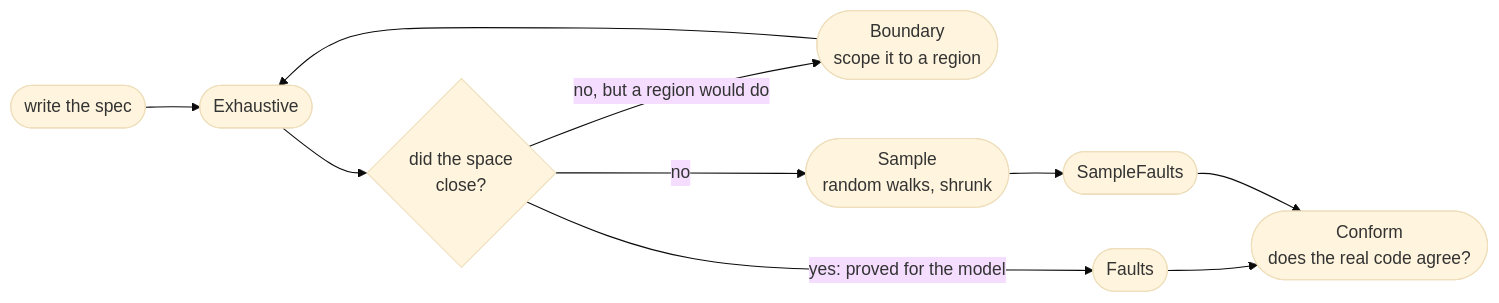
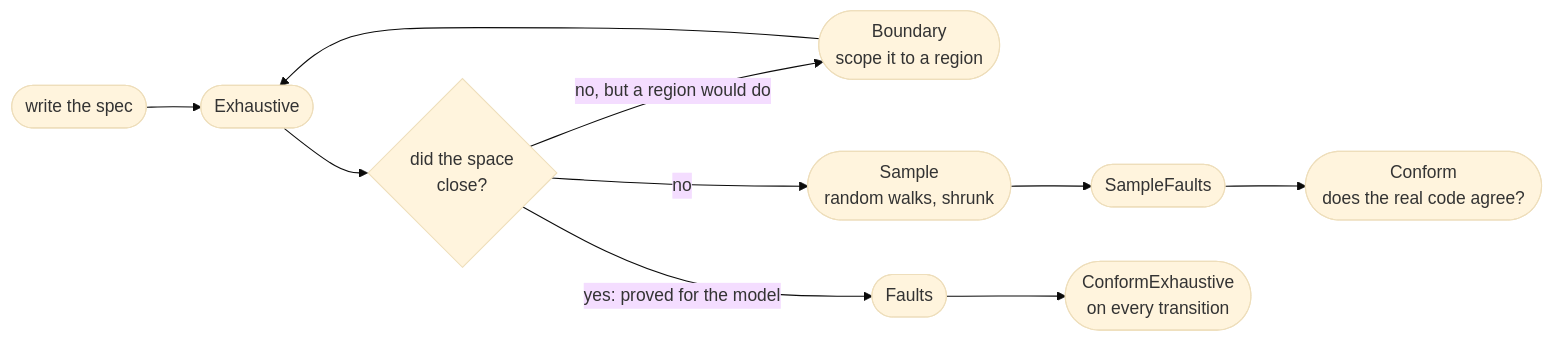
Before and after one commit to AnthonyLloyd/CsCheck: the first of 3 diagrams in docs/Spec.md, drawn with Mermaid (base theme). The commit also changed other lines of this file and 24 other files, not shown here.

````diff
--- a/docs/Spec.md
+++ b/docs/Spec.md
@@ -20,20 +21,21 @@
 ```mermaid
 flowchart LR
   spec(["write the spec"])
   exhaustive(["Exhaustive"])
   closed{"did the space<br/>close?"}
   boundary(["Boundary<br/>scope it to a region"])
   sample(["Sample<br/>random walks, shrunk"])
   faults(["Faults"])
   samplefaults(["SampleFaults"])
   conform(["Conform<br/>does the real code agree?"])
+  conformexhaustive(["ConformExhaustive<br/>on every transition"])
 
   spec --> exhaustive --> closed
   closed -->|"yes: proved for the model"| faults
   closed -->|"no, but a region would do"| boundary
   boundary --> exhaustive
   closed -->|"no"| sample
   sample --> samplefaults
-  faults --> conform
+  faults --> conformexhaustive
   samplefaults --> conform
 ```
````
